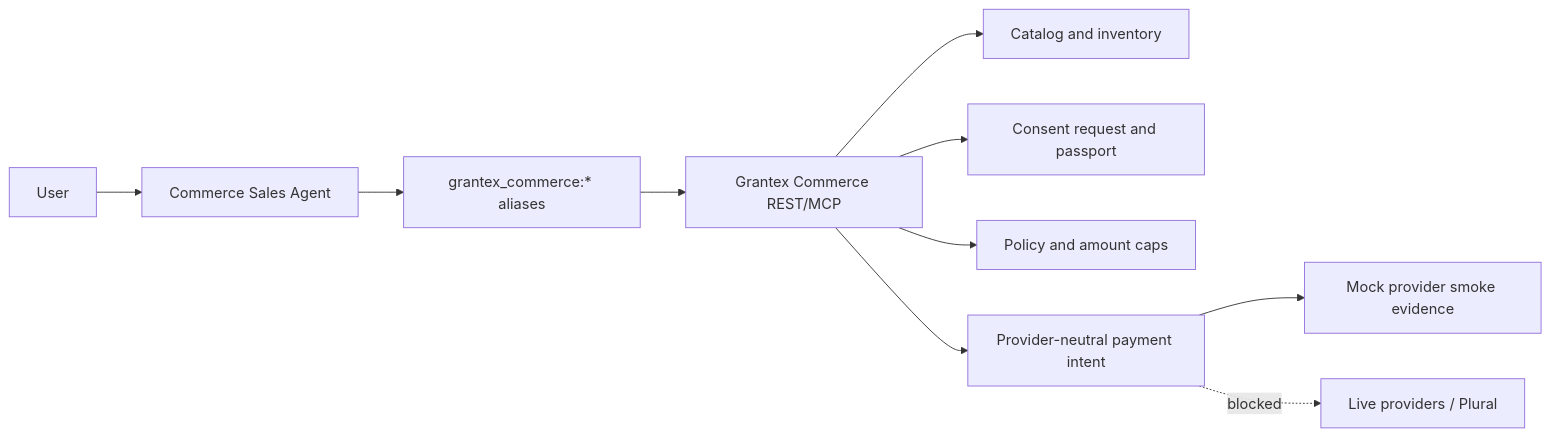
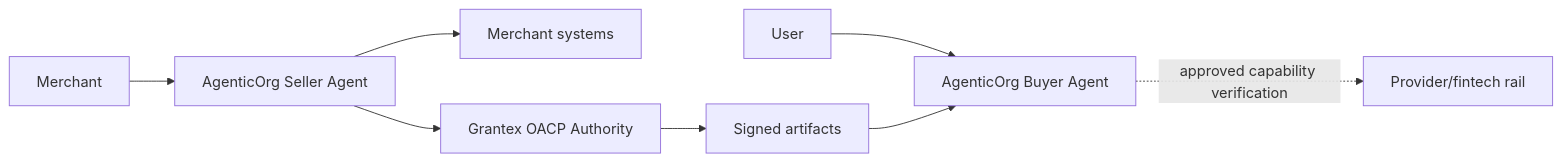
One commit to mishrasanjeev/agentic-org changed the first of 2 diagrams in docs/commerce-agent-overview.md. Above: the diagram before and after it, drawn with Mermaid. The commit also changed other lines of this file and 3 other files, not shown here.

Commit message:
docs(commerce): update OACP agent PRD and content plan

````diff
--- a/docs/commerce-agent-overview.md
+++ b/docs/commerce-agent-overview.md
@@ -44,12 +45,10 @@
 ```mermaid
 flowchart LR
-  user[User] --> agent[Commerce Sales Agent]
-  agent --> aliases[grantex_commerce:* aliases]
-  aliases --> grantex[Grantex Commerce REST/MCP]
-  grantex --> catalog[Catalog and inventory]
-  grantex --> consent[Consent request and passport]
-  grantex --> policy[Policy and amount caps]
-  grantex --> payment[Provider-neutral payment intent]
-  payment --> mock[Mock provider smoke evidence]
-  payment -. blocked .-> providers[Live providers / Plural]
+  user[User] --> buyer[AgenticOrg Buyer Agent]
+  merchant[Merchant] --> seller[AgenticOrg Seller Agent]
+  seller --> systems[Merchant systems]
+  seller --> grantex[Grantex OACP Authority]
+  grantex --> artifacts[Signed artifacts]
+  artifacts --> buyer
+  buyer -. approved capability verification .-> provider[Provider/fintech rail]
 ```
````
